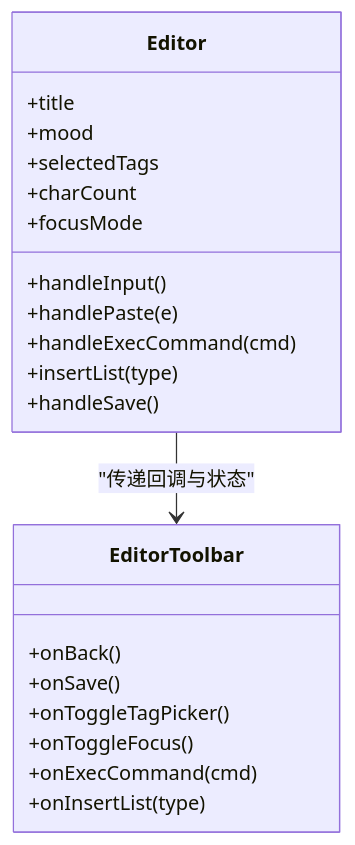
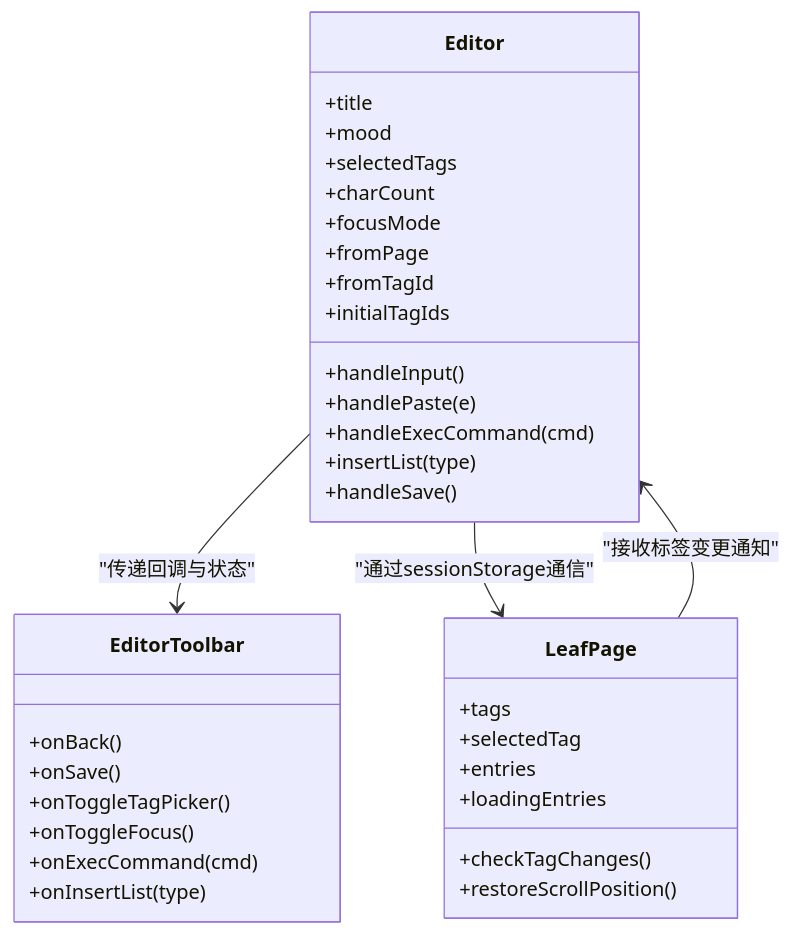
The fourth of 4 diagrams in .qoder/repowiki/zh/content/设计文档/富文本编辑器设计规范.md (kangkang919/xinya), drawn with Mermaid before and after one commit. The commit also changed other lines of this file and 27 other files, not shown here.

````diff
--- a/.qoder/repowiki/zh/content/设计文档/富文本编辑器设计规范.md
+++ b/.qoder/repowiki/zh/content/设计文档/富文本编辑器设计规范.md
@@ -189,24 +268,37 @@
 ```mermaid
 classDiagram
 class Editor {
 +title
 +mood
 +selectedTags
 +charCount
 +focusMode
++fromPage
++fromTagId
++initialTagIds
 +handleInput()
 +handlePaste(e)
 +handleExecCommand(cmd)
 +insertList(type)
 +handleSave()
 }
 class EditorToolbar {
 +onBack()
 +onSave()
 +onToggleTagPicker()
 +onToggleFocus()
 +onExecCommand(cmd)
 +onInsertList(type)
 }
+class LeafPage {
++tags
++selectedTag
++entries
++loadingEntries
++checkTagChanges()
++restoreScrollPosition()
+}
 Editor --> EditorToolbar : "传递回调与状态"
+Editor --> LeafPage : "通过sessionStorage通信"
+LeafPage --> Editor : "接收标签变更通知"
 ```
````
